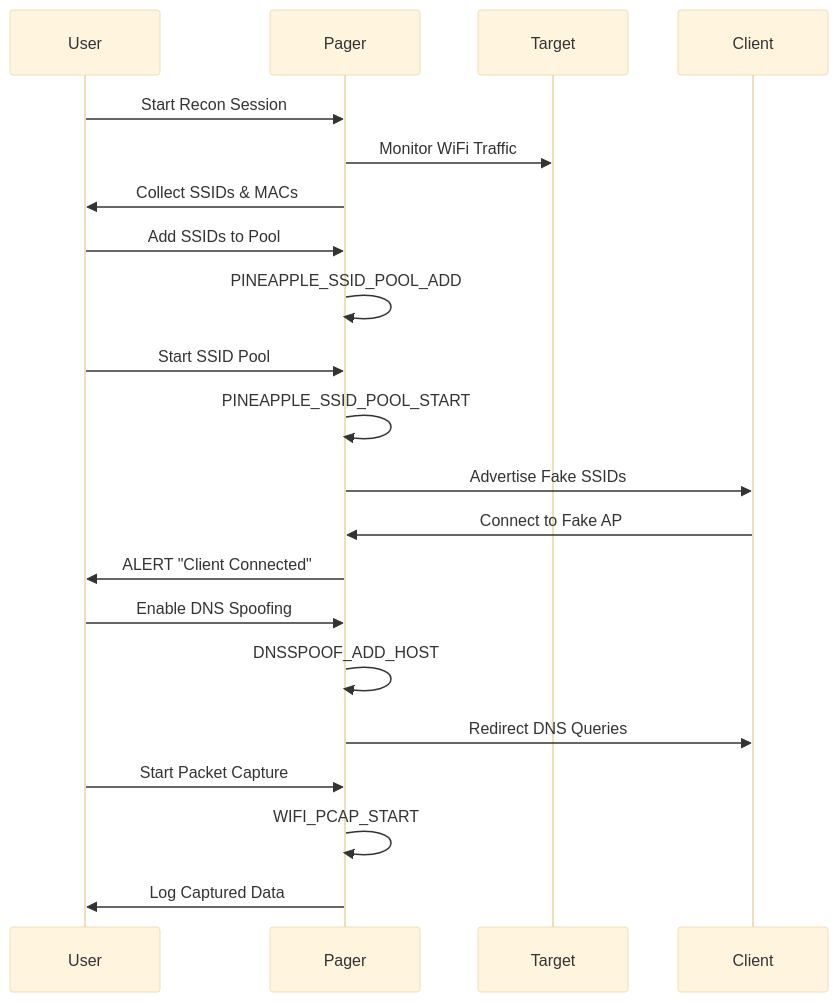
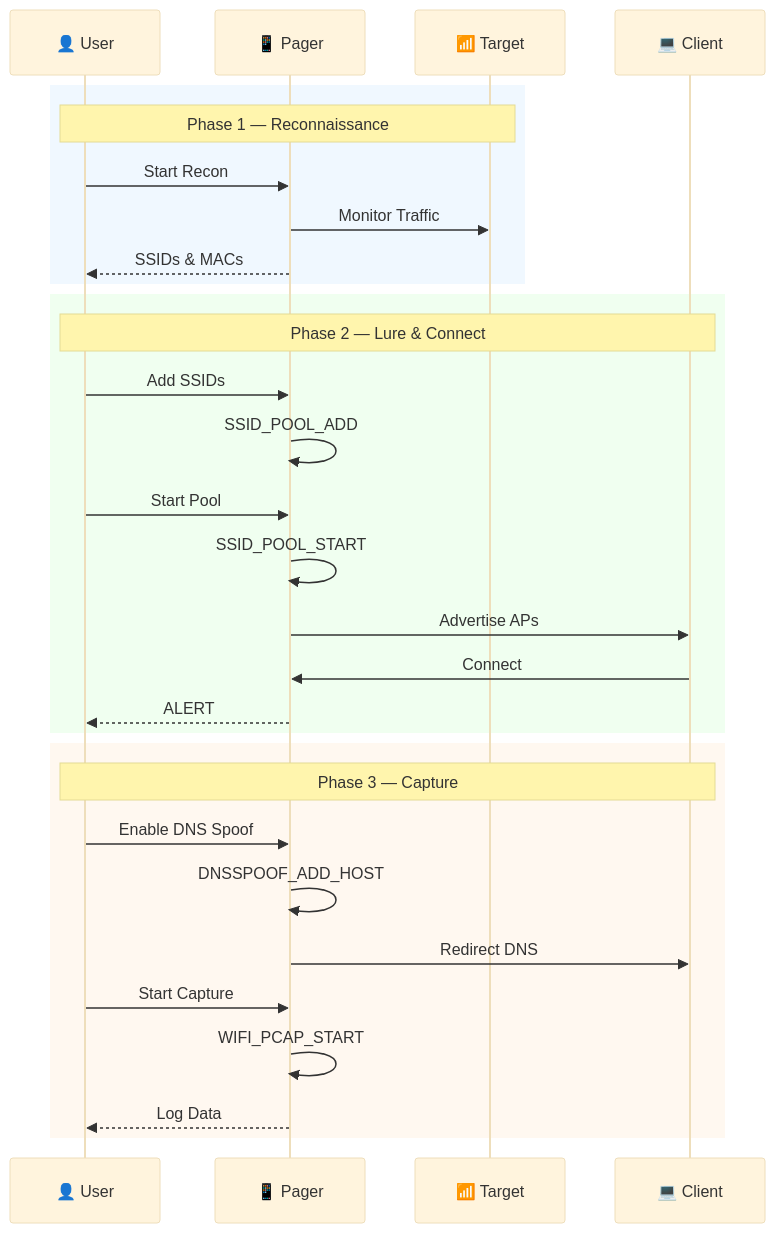
Before and after one commit to TheCyberJest0r/Wifi-Pineapple-Pager-Payloads-Cheat-sheet: the second of 4 diagrams in README.md, drawn with Mermaid (base theme). The commit also changed other lines of this file, not shown here.

````diff
--- a/README.md
+++ b/README.md
@@ -164,29 +182,35 @@
 ```mermaid
 sequenceDiagram
-    participant User
-    participant Pager
-    participant Target
-    participant Client
+    participant U as 👤 User
+    participant P as 📱 Pager
+    participant T as 📶 Target
+    participant C as 💻 Client
     
-    User->>Pager: Start Recon Session
-    Pager->>Target: Monitor WiFi Traffic
-    Pager->>User: Collect SSIDs & MACs
+    rect rgb(240, 248, 255)
+        Note over U,T: Phase 1 — Reconnaissance
+        U->>P: Start Recon
+        P->>T: Monitor Traffic
+        P-->>U: SSIDs & MACs
+    end
     
-    User->>Pager: Add SSIDs to Pool
-    Pager->>Pager: PINEAPPLE_SSID_POOL_ADD
+    rect rgb(240, 255, 240)
+        Note over U,C: Phase 2 — Lure & Connect
+        U->>P: Add SSIDs
+        P->>P: SSID_POOL_ADD
+        U->>P: Start Pool
+        P->>P: SSID_POOL_START
+        P->>C: Advertise APs
+        C->>P: Connect
+        P-->>U: ALERT
+    end
     
-    User->>Pager: Start SSID Pool
-    Pager->>Pager: PINEAPPLE_SSID_POOL_START
-    Pager->>Client: Advertise Fake SSIDs
-    
-    Client->>Pager: Connect to Fake AP
-    Pager->>User: ALERT "Client Connected"
-    
-    User->>Pager: Enable DNS Spoofing
-    Pager->>Pager: DNSSPOOF_ADD_HOST
-    Pager->>Client: Redirect DNS Queries
-    
-    User->>Pager: Start Packet Capture
-    Pager->>Pager: WIFI_PCAP_START
-    Pager->>User: Log Captured Data
+    rect rgb(255, 248, 240)
+        Note over U,C: Phase 3 — Capture
+        U->>P: Enable DNS Spoof
+        P->>P: DNSSPOOF_ADD_HOST
+        P->>C: Redirect DNS
+        U->>P: Start Capture
+        P->>P: WIFI_PCAP_START
+        P-->>U: Log Data
+    end
 ```
````
